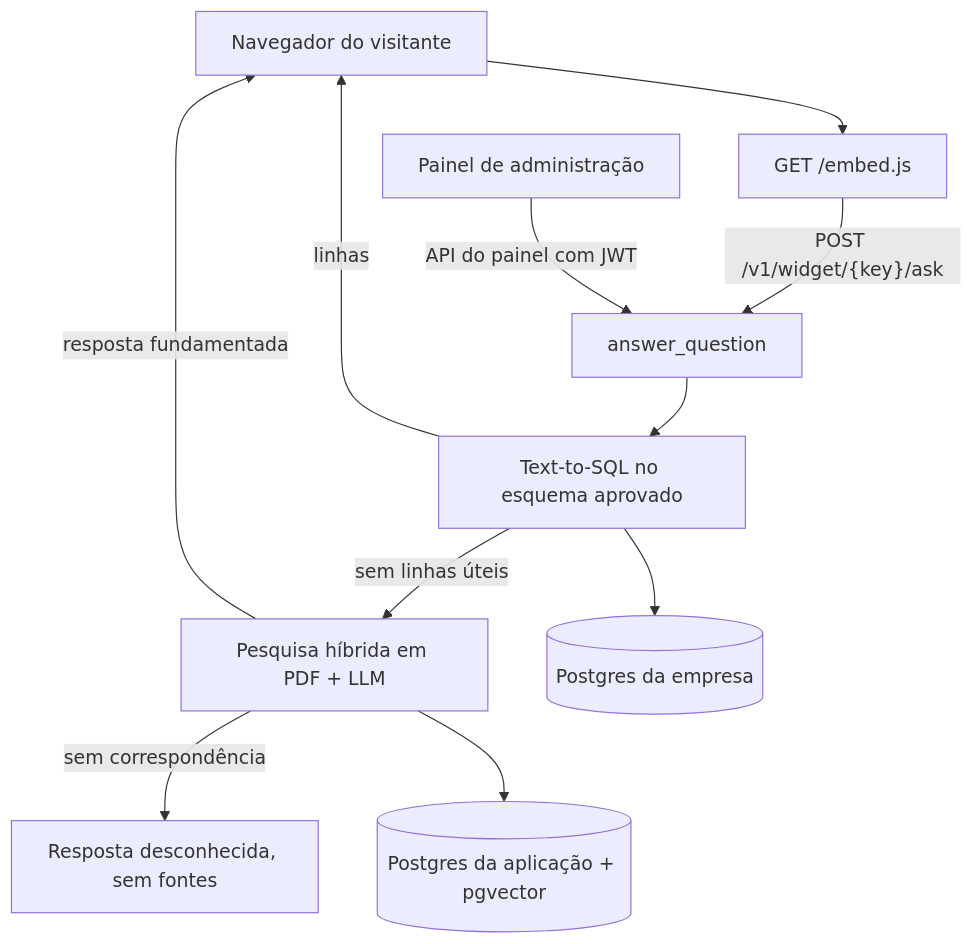
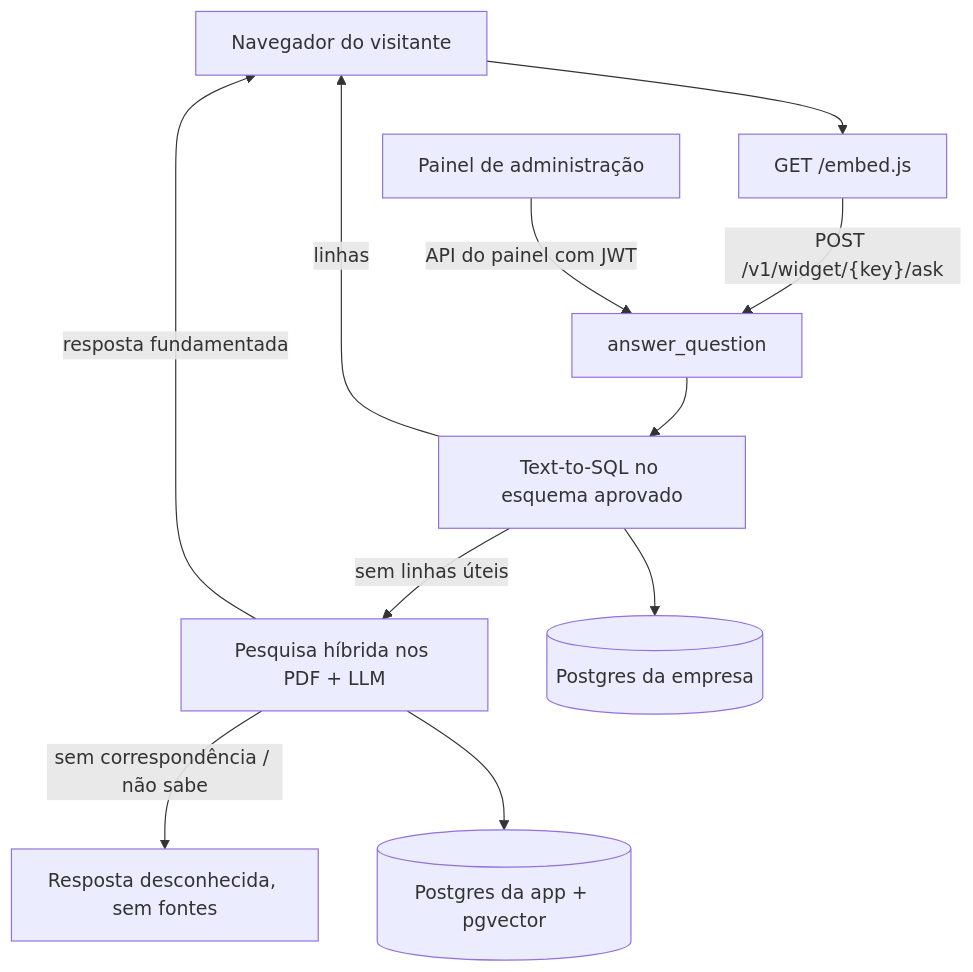
Before and after one commit to PedroPinho17/site-ai-widget: the diagram in README.pt.md, drawn with Mermaid. The commit also changed other lines of this file and 2 other files, not shown here.

````diff
--- a/README.pt.md
+++ b/README.pt.md
@@ -44,23 +64,23 @@
 ```mermaid
 flowchart TB
   visitor[Navegador do visitante]
   panel[Painel de administração]
   embed["GET /embed.js"]
   ask["answer_question"]
   sql["Text-to-SQL no esquema aprovado"]
-  docs["Pesquisa híbrida em PDF + LLM"]
+  docs["Pesquisa híbrida nos PDF + LLM"]
   none["Resposta desconhecida, sem fontes"]
   clientdb[(Postgres da empresa)]
-  appdb[(Postgres da aplicação + pgvector)]
+  appdb[(Postgres da app + pgvector)]
 
   visitor --> embed
   embed -->|"POST /v1/widget/{key}/ask"| ask
   panel -->|"API do painel com JWT"| ask
   ask --> sql
   sql -->|linhas| visitor
   sql -->|sem linhas úteis| docs
   docs -->|resposta fundamentada| visitor
-  docs -->|sem correspondência| none
+  docs -->|sem correspondência / não sabe| none
   sql --> clientdb
   docs --> appdb
 ```
````
